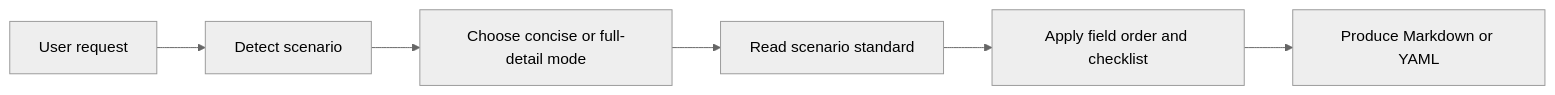
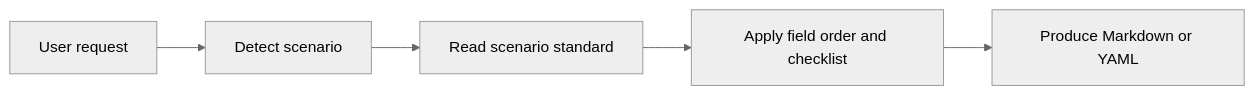
One commit to PINKIIILQWQ/oh-my-gh-writing changed the diagram in README.en.md. Above: the diagram before and after it, drawn with Mermaid (neutral theme). The commit also changed other lines of this file and 76 other files, not shown here.

````diff
--- a/README.en.md
+++ b/README.en.md
@@ -119,8 +119,7 @@
 ```mermaid
 flowchart LR
   A["User request"] --> B["Detect scenario"]
-  B --> C["Choose concise or full-detail mode"]
-  C --> D["Read scenario standard"]
-  D --> E["Apply field order and checklist"]
-  E --> F["Produce Markdown or YAML"]
+  B --> C["Read scenario standard"]
+  C --> D["Apply field order and checklist"]
+  D --> E["Produce Markdown or YAML"]
 ```
````
